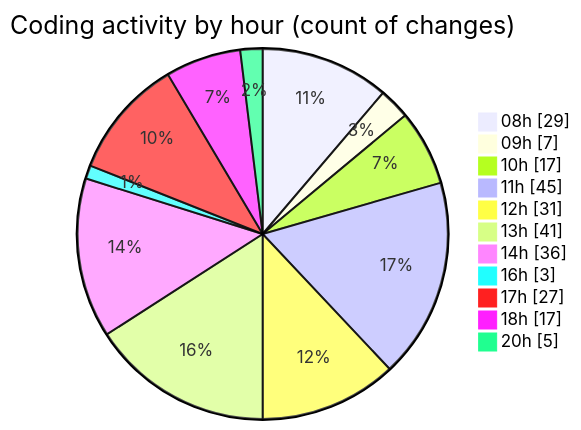
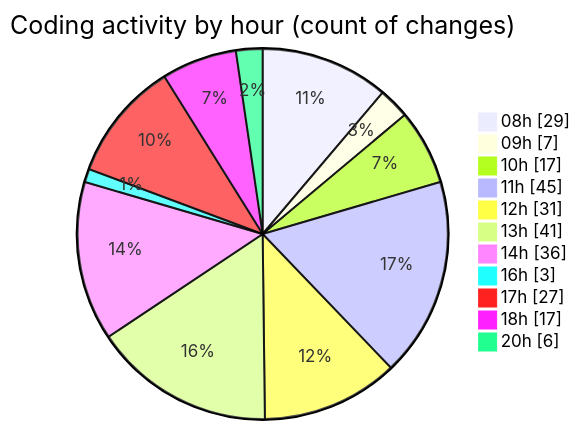
Before and after one commit to momahboobian/code-tracking: the second of 2 diagrams in 2025-04-09/cda/README.md, drawn with Mermaid. The commit also changed other lines of this file and 1 other file, not shown here.

````diff
--- a/2025-04-09/cda/README.md
+++ b/2025-04-09/cda/README.md
@@ -61,15 +62,15 @@
 ```mermaid
 pie showData
 title Coding activity by hour (count of changes)
 "08h" : 29
 "09h" : 7
 "10h" : 17
 "11h" : 45
 "12h" : 31
 "13h" : 41
 "14h" : 36
 "16h" : 3
 "17h" : 27
 "18h" : 17
-"20h" : 5
+"20h" : 6
 ```
````
